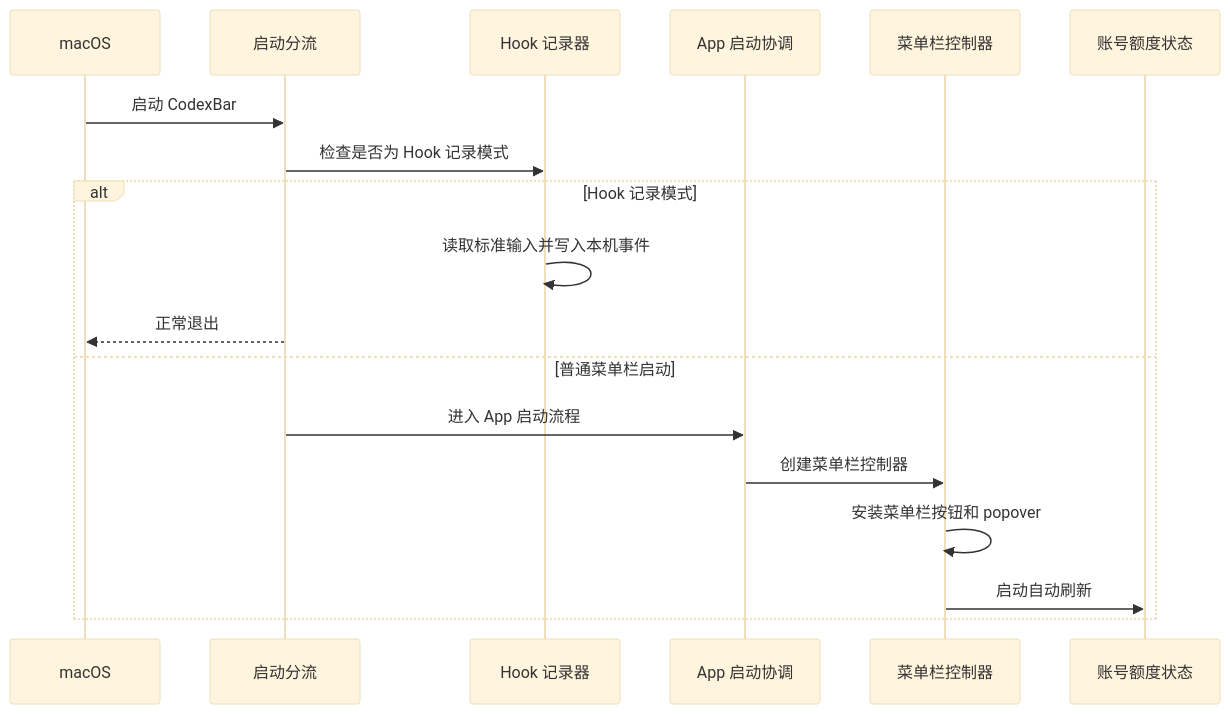
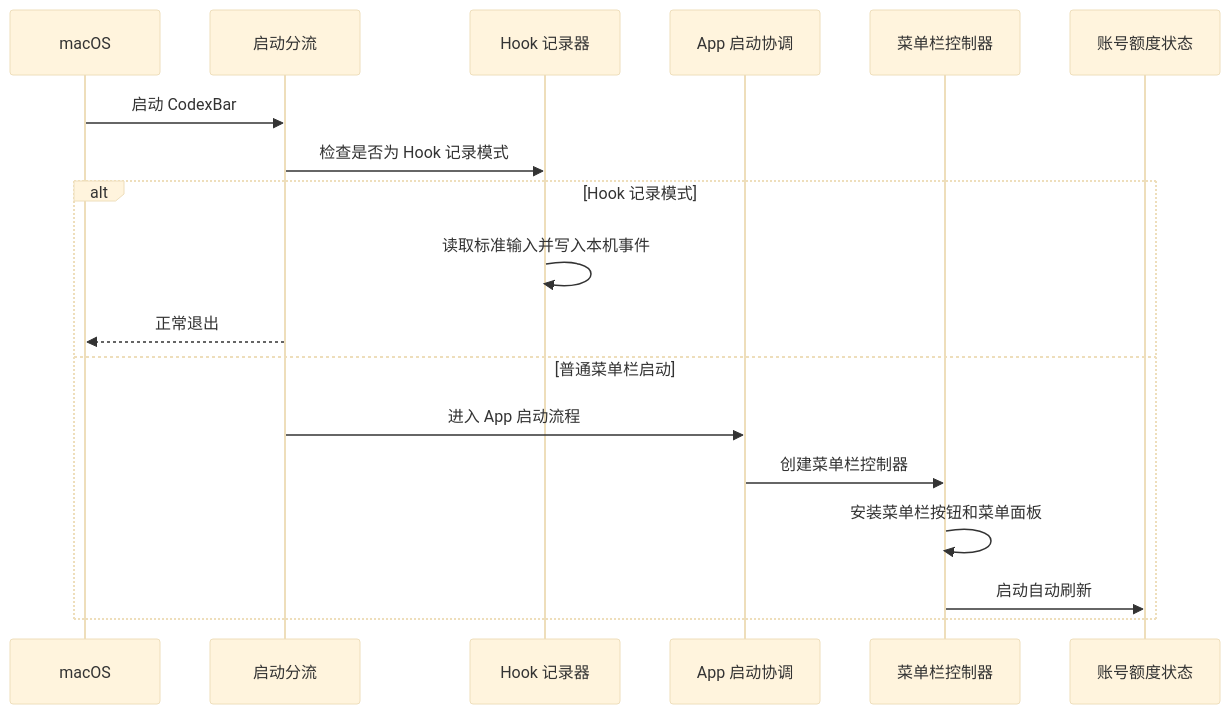
One commit to bob-zebedy/CodexBar changed the first of 6 diagrams in Docs/DevelopmentGuide.md. Above: the diagram before and after it, drawn with Mermaid (base theme). The commit also changed other lines of this file and 53 other files, not shown here.

````diff
--- a/Docs/DevelopmentGuide.md
+++ b/Docs/DevelopmentGuide.md
@@ -47,21 +47,21 @@
 ```mermaid
 sequenceDiagram
     participant OS as macOS
     participant App as 启动分流
     participant Hook as Hook 记录器
     participant Delegate as App 启动协调
     participant Controller as 菜单栏控制器
     participant VM as 账号额度状态
 
     OS->>App: 启动 CodexBar
     App->>Hook: 检查是否为 Hook 记录模式
     alt Hook 记录模式
         Hook->>Hook: 读取标准输入并写入本机事件
         App-->>OS: 正常退出
     else 普通菜单栏启动
         App->>Delegate: 进入 App 启动流程
         Delegate->>Controller: 创建菜单栏控制器
-        Controller->>Controller: 安装菜单栏按钮和 popover
+        Controller->>Controller: 安装菜单栏按钮和菜单面板
         Controller->>VM: 启动自动刷新
     end
 ```
````
